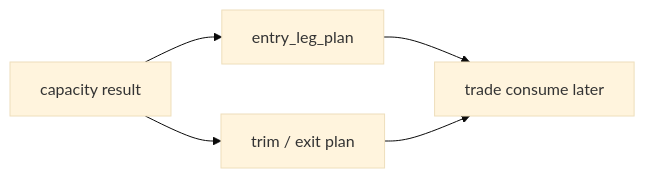
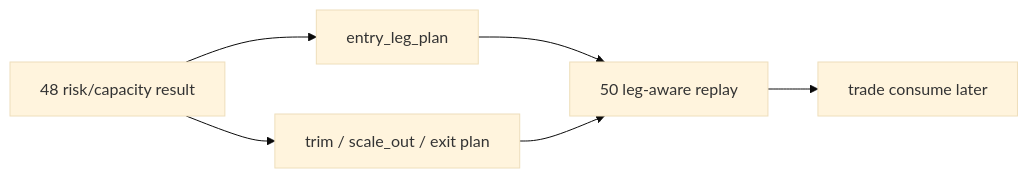
One commit to everything-is-simple/lifespan-0.01 changed the diagram in docs/03-execution/49-position-batched-entry-trim-and-partial-exit-contract-card-20260413.md. Above: the diagram before and after it, drawn with Mermaid (base theme). The commit also changed other lines of this file and 16 other files, not shown here.

````diff
--- a/docs/03-execution/49-position-batched-entry-trim-and-partial-exit-contract-card-20260413.md
+++ b/docs/03-execution/49-position-batched-entry-trim-and-partial-exit-contract-card-20260413.md
@@ -52,7 +51,8 @@
 ```mermaid
 flowchart LR
-    CAP["capacity result"] --> ENT["entry_leg_plan"]
-    CAP --> TRM["trim / exit plan"]
-    ENT --> TRADE["trade consume later"]
-    TRM --> TRADE
+    CAP["48 risk/capacity result"] --> ENT["entry_leg_plan"]
+    CAP --> TRM["trim / scale_out / exit plan"]
+    ENT --> NEXT["50 leg-aware replay"]
+    TRM --> NEXT
+    NEXT --> TRADE["trade consume later"]
 ```
````
